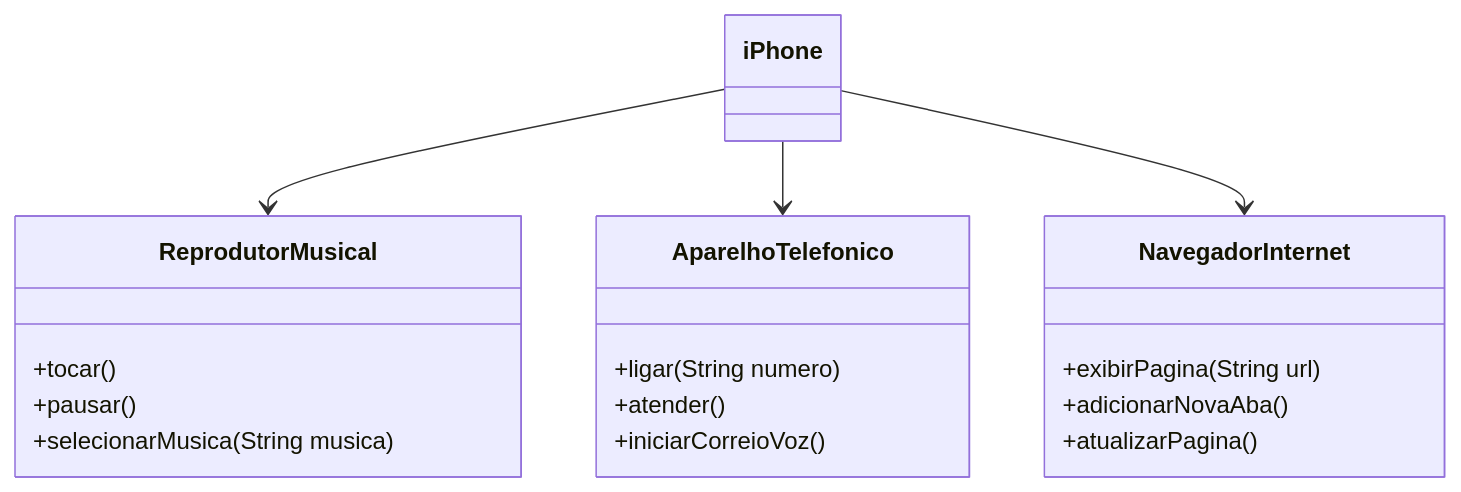
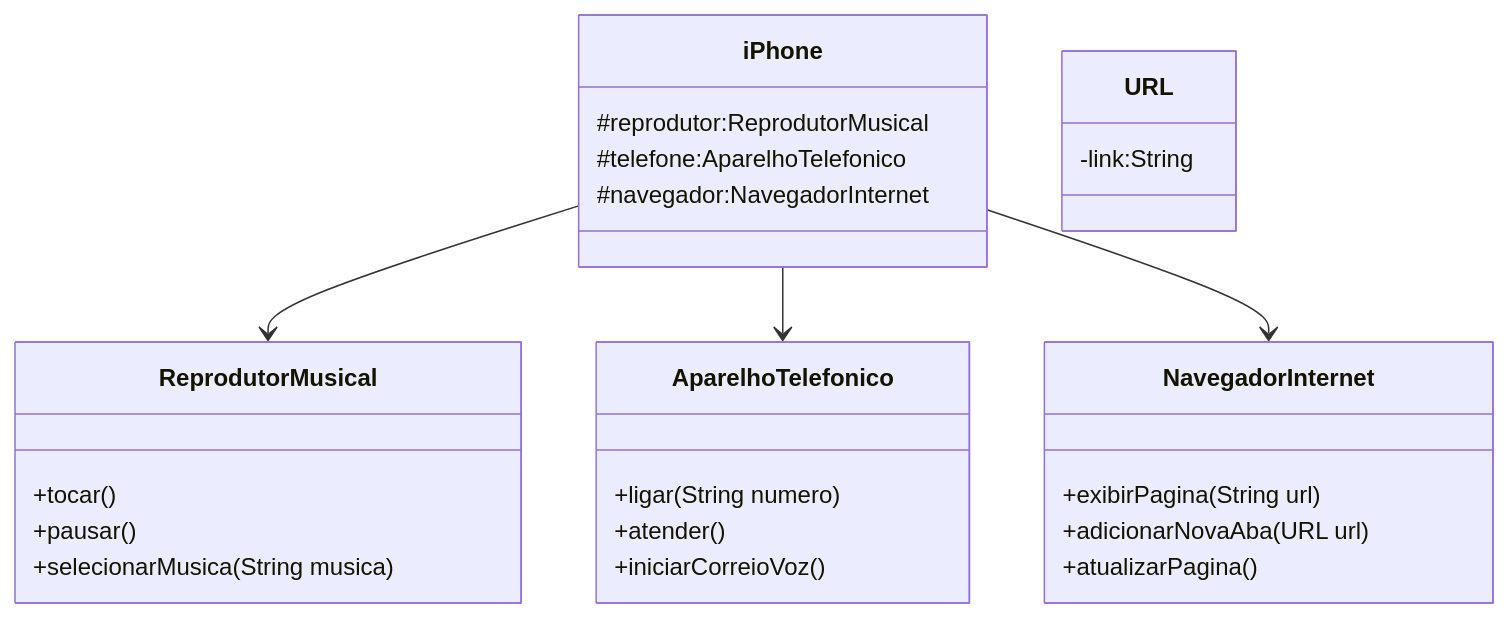
One commit to Lilian-Goncalves-de-Almeida/dio-trilha-java-basico-modelagem-diagrama-iPhone changed the diagram in README.md. Above: the diagram before and after it, drawn with Mermaid.

Commit message:
Update README.md 3

````diff
--- a/README.md
+++ b/README.md
@@ -6,27 +6,34 @@
 ```mermaid
 classDiagram
     class ReprodutorMusical {
         +tocar()
         +pausar()
         +selecionarMusica(String musica)
     }
 
     class AparelhoTelefonico {
         +ligar(String numero)
         +atender()
         +iniciarCorreioVoz()
     }
 
     class NavegadorInternet {
         +exibirPagina(String url)
-        +adicionarNovaAba()
+        +adicionarNovaAba(URL url)
         +atualizarPagina()
     }
 
     class iPhone {
+        #reprodutor:ReprodutorMusical
+        #telefone:AparelhoTelefonico
+        #navegador:NavegadorInternet
+    }
+
+    class URL {
+        -link:String
     }
 
     iPhone --> ReprodutorMusical
     iPhone --> AparelhoTelefonico
     iPhone --> NavegadorInternet
 ```
````
